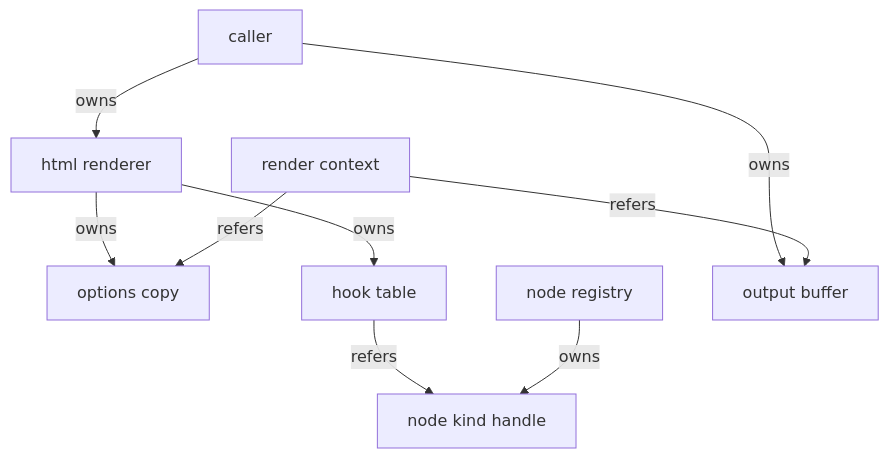
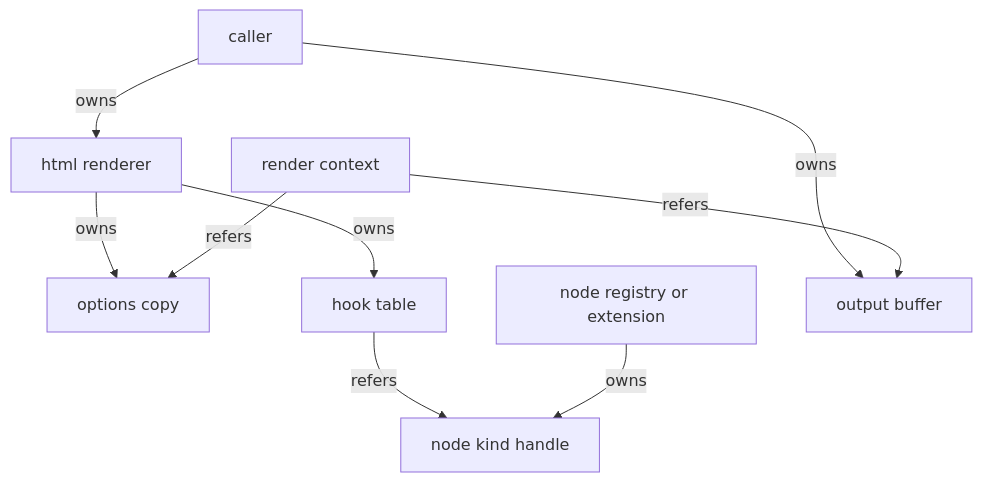
The fourth of 4 diagrams in .kiro/specs/html-renderer/design.md (ktdevx/amark-private3), drawn with Mermaid before and after one commit. The commit also changed other lines of this file and 28 other files, not shown here.

````diff
--- a/.kiro/specs/html-renderer/design.md
+++ b/.kiro/specs/html-renderer/design.md
@@ -608,11 +615,11 @@
 ```mermaid
 graph TB
     Caller[caller] -->|owns| Renderer[html renderer]
     Renderer -->|owns| Options[options copy]
     Renderer -->|owns| Table[hook table]
     Table -->|refers| Kind[node kind handle]
-    Registry[node registry] -->|owns| Kind
+    Registry[node registry or extension] -->|owns| Kind
     Caller -->|owns| Buffer[output buffer]
     Context[render context] -->|refers| Buffer
     Context -->|refers| Options
 ```
````
